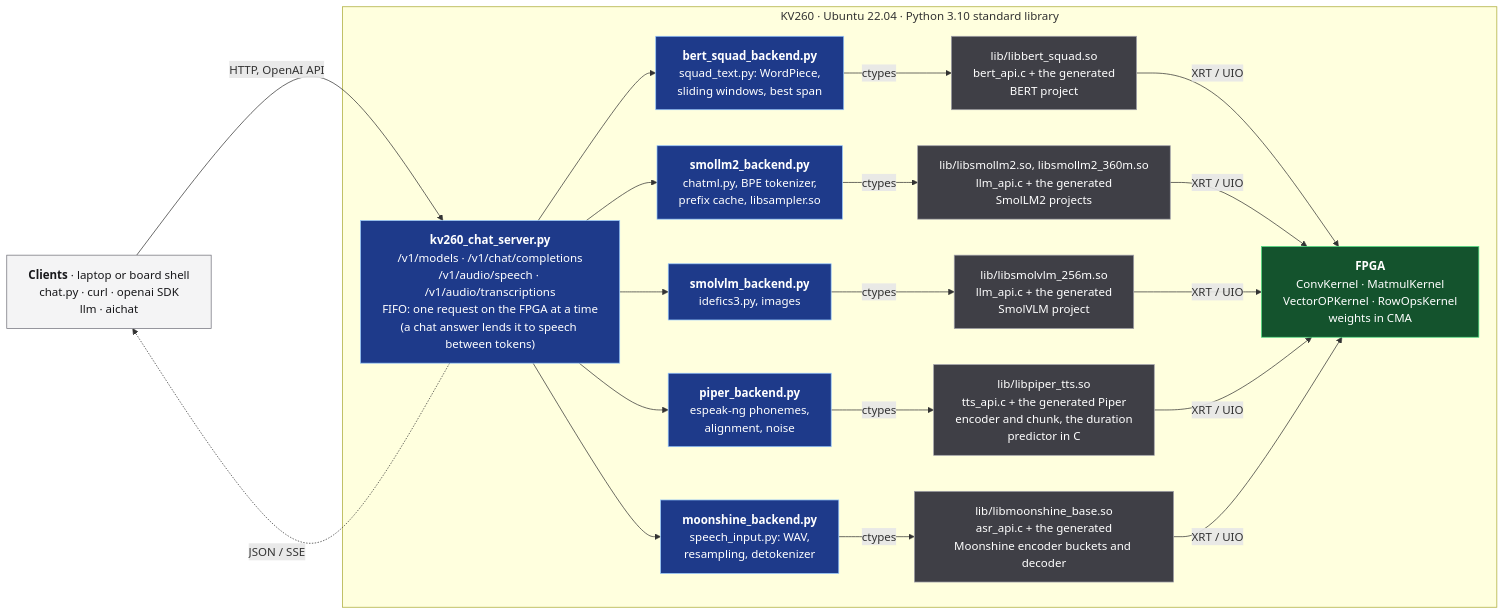
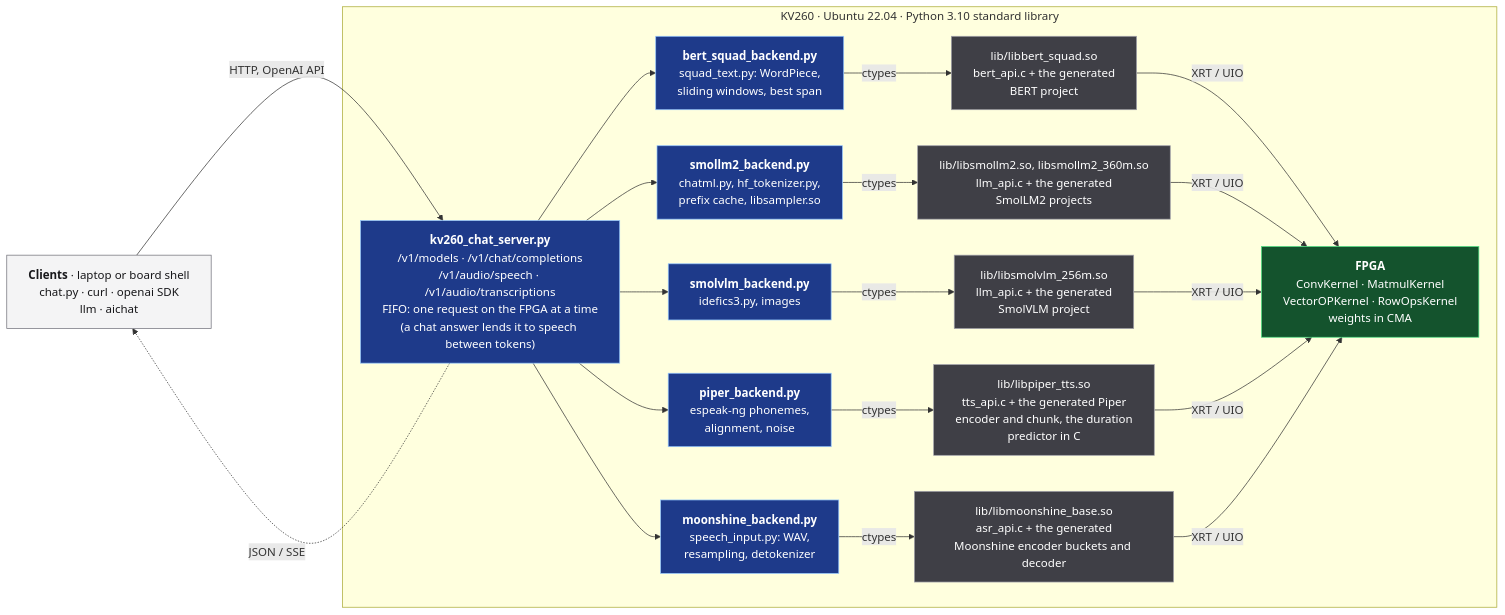
One commit to phoenix367/cormorant changed the diagram in demo/chat/README.md. Above: the diagram before and after it, drawn with Mermaid. The commit also changed other lines of this file and 56 other files, not shown here.

First line of the commit message:
LLM stack for unseen models, step 2: generic tokenizer, templates, folded blocks, served-model registry

````diff
--- a/demo/chat/README.md
+++ b/demo/chat/README.md
@@ -50,37 +54,37 @@
 ```mermaid
 %%{init: {"flowchart": {"wrappingWidth": 300}}}%%
 flowchart LR
     clients["<b>Clients</b> · laptop or board shell<br/>chat.py · curl · openai SDK<br/>llm · aichat"]
     subgraph board["KV260 · Ubuntu 22.04 · Python 3.10 standard library"]
         server["<b>kv260_chat_server.py</b><br/>/v1/models · /v1/chat/completions<br/>/v1/audio/speech · /v1/audio/transcriptions<br/>FIFO: one request on the FPGA at a time<br/>(a chat answer lends it to speech between tokens)"]
         bert["<b>bert_squad_backend.py</b><br/>squad_text.py: WordPiece,<br/>sliding windows, best span"]
-        llm["<b>smollm2_backend.py</b><br/>chatml.py, BPE tokenizer,<br/>prefix cache, libsampler.so"]
+        llm["<b>smollm2_backend.py</b><br/>chatml.py, hf_tokenizer.py,<br/>prefix cache, libsampler.so"]
         vlm["<b>smolvlm_backend.py</b><br/>idefics3.py, images"]
         tts["<b>piper_backend.py</b><br/>espeak-ng phonemes,<br/>alignment, noise"]
         asr["<b>moonshine_backend.py</b><br/>speech_input.py: WAV,<br/>resampling, detokenizer"]
         libbert["lib/libbert_squad.so<br/>bert_api.c + the generated<br/>BERT project"]
         libllm["lib/libsmollm2.so, libsmollm2_360m.so<br/>llm_api.c + the generated<br/>SmolLM2 projects"]
         libvlm["lib/libsmolvlm_256m.so<br/>llm_api.c + the generated<br/>SmolVLM project"]
         libtts["lib/libpiper_tts.so<br/>tts_api.c + the generated Piper<br/>encoder and chunk, the duration<br/>predictor in C"]
         libasr["lib/libmoonshine_base.so<br/>asr_api.c + the generated<br/>Moonshine encoder buckets and decoder"]
         fpga["<b>FPGA</b><br/>ConvKernel · MatmulKernel<br/>VectorOPKernel · RowOpsKernel<br/>weights in CMA"]
     end
     clients -- "HTTP, OpenAI API" --> server
     server -. "JSON / SSE" .-> clients
     server --> bert & llm & vlm & tts & asr
     bert -- ctypes --> libbert
     llm -- ctypes --> libllm
     vlm -- ctypes --> libvlm
     tts -- ctypes --> libtts
     asr -- ctypes --> libasr
     libbert & libllm & libvlm & libtts & libasr -- "XRT / UIO" --> fpga
 
     classDef py fill:#1e3a8a,stroke:#93c5fd,color:#ffffff
     classDef lib fill:#3f3f46,stroke:#a1a1aa,color:#ffffff
     classDef hw fill:#14532d,stroke:#4ade80,color:#ffffff
     classDef ext fill:#f4f4f5,stroke:#71717a,color:#18181b
     class server,bert,llm,vlm,tts,asr py
     class libbert,libllm,libvlm,libtts,libasr lib
     class fpga hw
     class clients ext
 ```
````
